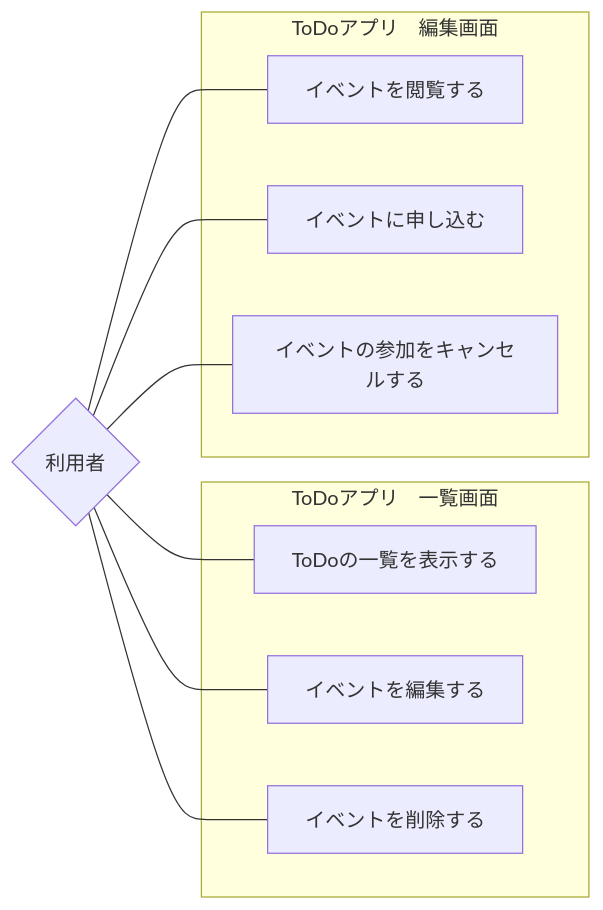
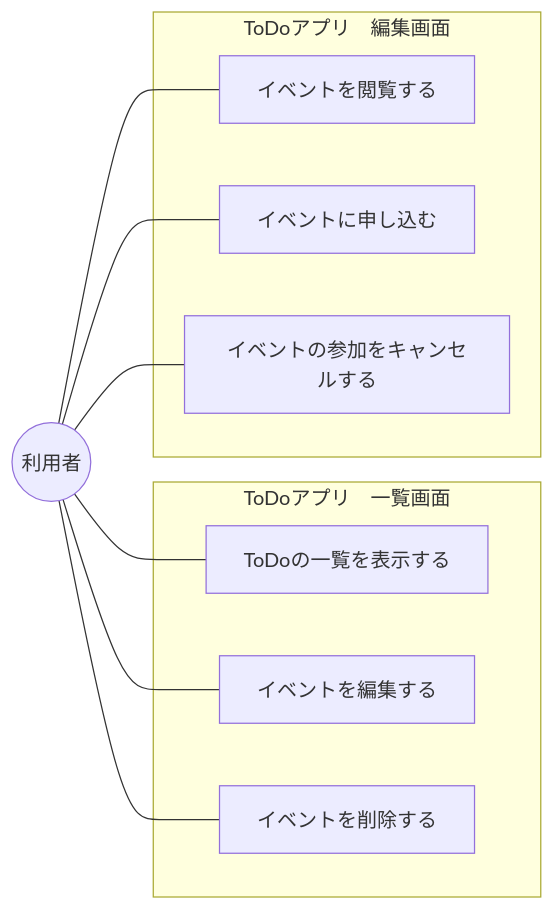
Before and after one commit to next-fire-starter/webdocs: the diagram in design-document/概要.md, drawn with Mermaid.

Commit message:
edit flow2

````diff
--- a/design-document/概要.md
+++ b/design-document/概要.md
@@ -7,26 +7,26 @@
 ```mermaid
 flowchart LR
 
-A{利用者}
+A((利用者))
 
 
 A --- B[ToDoの一覧を表示する]
 A --- C[イベントを編集する]
 A --- D[イベントを削除する]
 A --- F[イベントを閲覧する]
 A --- G[イベントに申し込む]
 A --- H[イベントの参加をキャンセルする]
 
 subgraph ToDoアプリ　一覧画面
   B
   C
   D
 end
 
 subgraph ToDoアプリ　編集画面
   F
   G
   H
 end
 
 ```
````
